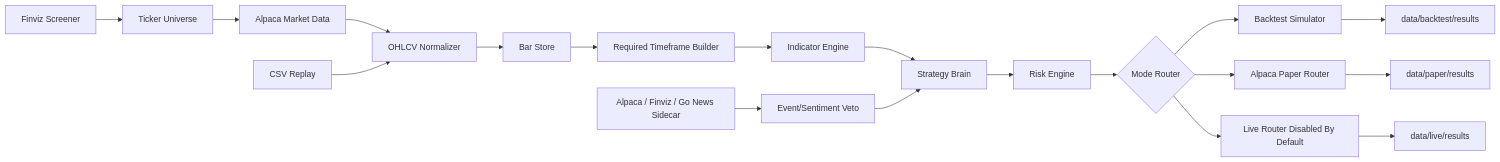
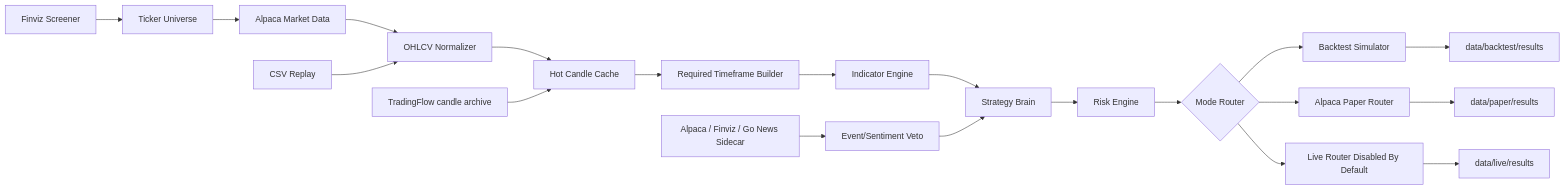
The first of 2 diagrams in docs/architecture.md (manishgh/trading_flow), drawn with Mermaid before and after one commit. The commit also changed other lines of this file and 185 other files, not shown here.

Commit message:
Promote V8 strategy and harden trading flow

````diff
--- a/docs/architecture.md
+++ b/docs/architecture.md
@@ -5,25 +5,26 @@
 ```mermaid
 flowchart LR
     A["Alpaca Market Data"] --> N["OHLCV Normalizer"]
     CSV["CSV Replay"] --> N
     F["Finviz Screener"] --> U["Ticker Universe"]
     U --> A
 
-    N --> S["Bar Store"]
+    N --> S["Hot Candle Cache"]
+    Blob["TradingFlow candle archive"] --> S
     S --> TF["Required Timeframe Builder"]
     TF --> I["Indicator Engine"]
     I --> C["Strategy Brain"]
 
     News["Alpaca / Finviz / Go News Sidecar"] --> V["Event/Sentiment Veto"]
     V --> C
 
     C --> R["Risk Engine"]
     R --> O{"Mode Router"}
     O --> B["Backtest Simulator"]
     O --> P["Alpaca Paper Router"]
     O --> L["Live Router Disabled By Default"]
 
     B --> BA["data/backtest/results"]
     P --> PA["data/paper/results"]
     L --> LA["data/live/results"]
 ```
````
